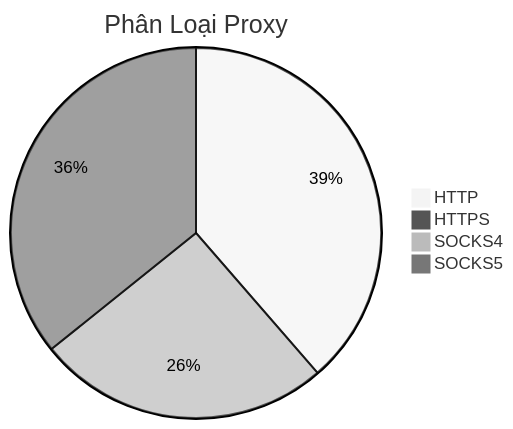
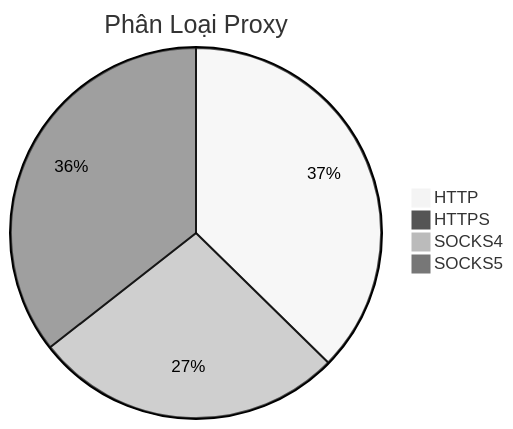
Before and after one commit to Ciara-12/PROXY-free: the diagram in README.md, drawn with Mermaid (neutral theme). The commit also changed other lines of this file and 3 other files, not shown here.

````diff
--- a/README.md
+++ b/README.md
@@ -26,7 +26,7 @@
 ```mermaid
 pie title Phân Loại Proxy
-    "HTTP" : 502
+    "HTTP" : 444
     "HTTPS" : 0
-    "SOCKS4" : 333
-    "SOCKS5" : 465
+    "SOCKS4" : 322
+    "SOCKS5" : 423
 ```
````
